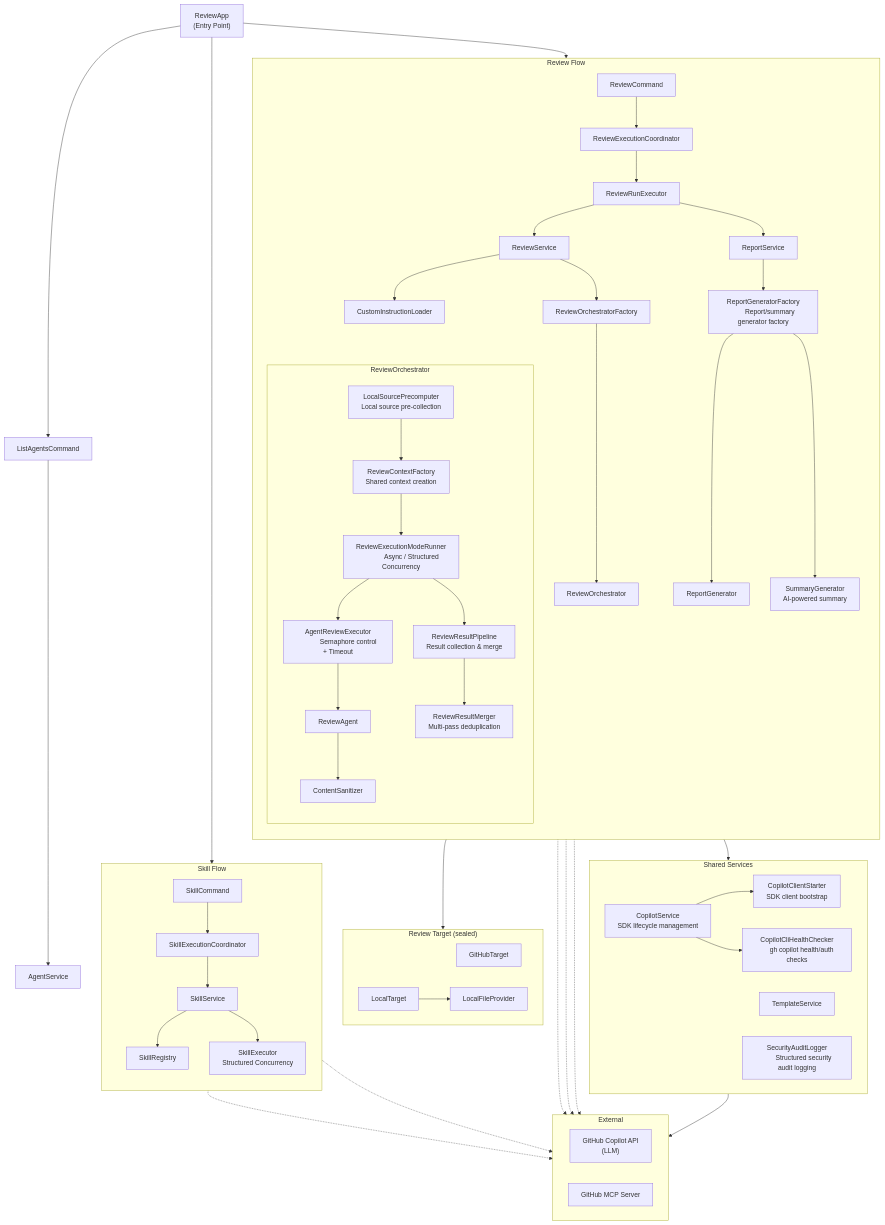
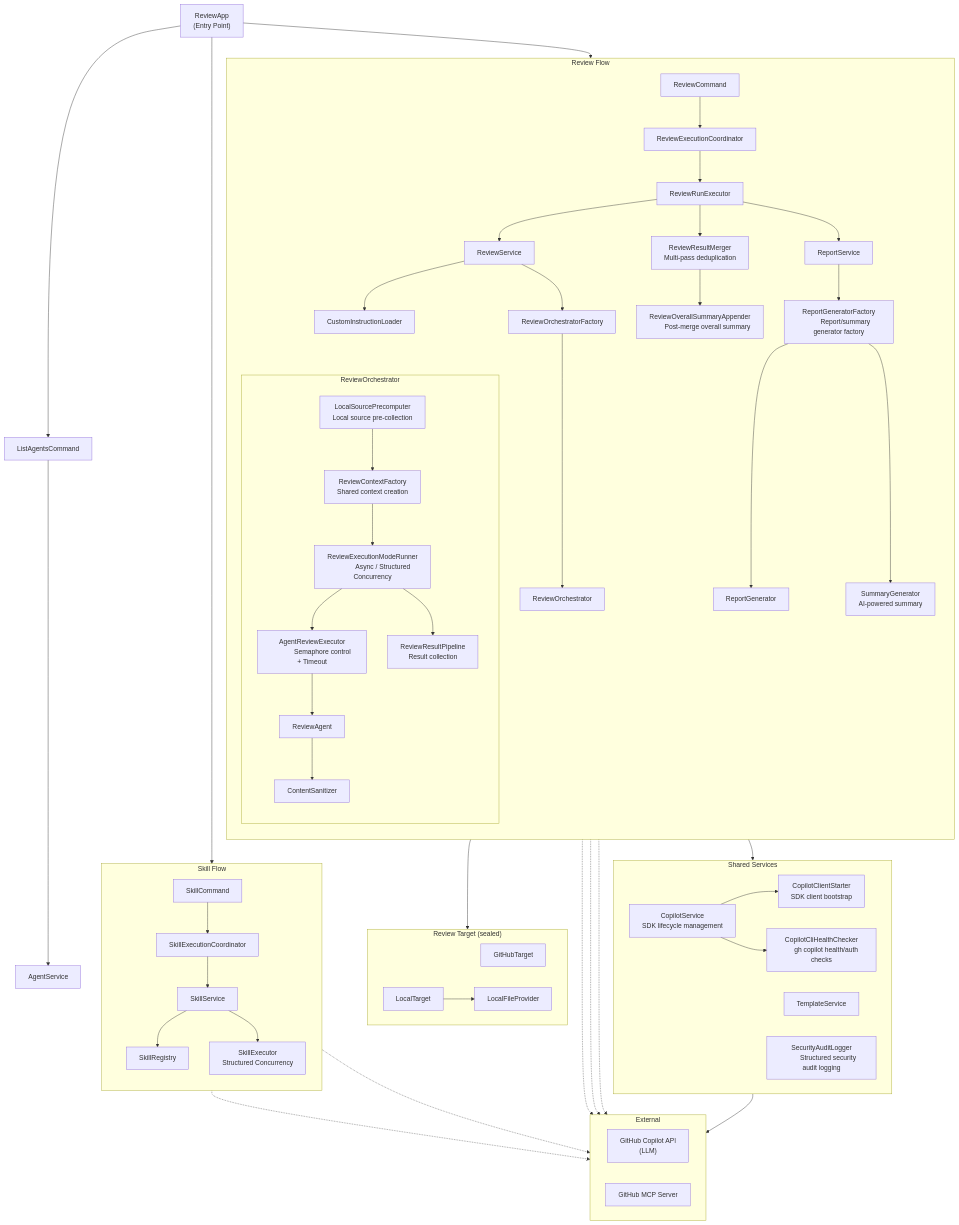
One commit to anishi1222/multi-agent-code-reviewer-v2 changed the diagram in README_en.md. Above: the diagram before and after it, drawn with Mermaid. The commit also changed other lines of this file and 3 other files, not shown here.

```diff
--- a/README_en.md
+++ b/README_en.md
@@ -780,7 +781,7 @@
             AgentReviewExecutor["AgentReviewExecutor
             Semaphore control + Timeout"]
             ReviewResultPipeline["ReviewResultPipeline
-            Result collection & merge"]
+            Result collection"]
 
             LocalSourcePrecomputer --> ReviewContextFactory
             ReviewContextFactory --> ReviewExecutionModeRunner
@@ -788,10 +789,12 @@
             AgentReviewExecutor --> ReviewAgent
             ReviewAgent --> ContentSanitizer
             ReviewExecutionModeRunner --> ReviewResultPipeline
-            ReviewResultPipeline --> ReviewResultMerger["ReviewResultMerger
-            Multi-pass deduplication"]
         end
 
+        ReviewRunExecutor --> ReviewResultMerger["ReviewResultMerger
+        Multi-pass deduplication"]
+        ReviewResultMerger --> ReviewOverallSummaryAppender["ReviewOverallSummaryAppender
+        Post-merge overall summary"]
         ReviewRunExecutor --> ReportService
         ReportService --> ReportGeneratorFactory["ReportGeneratorFactory
         Report/summary generator factory"]
```
